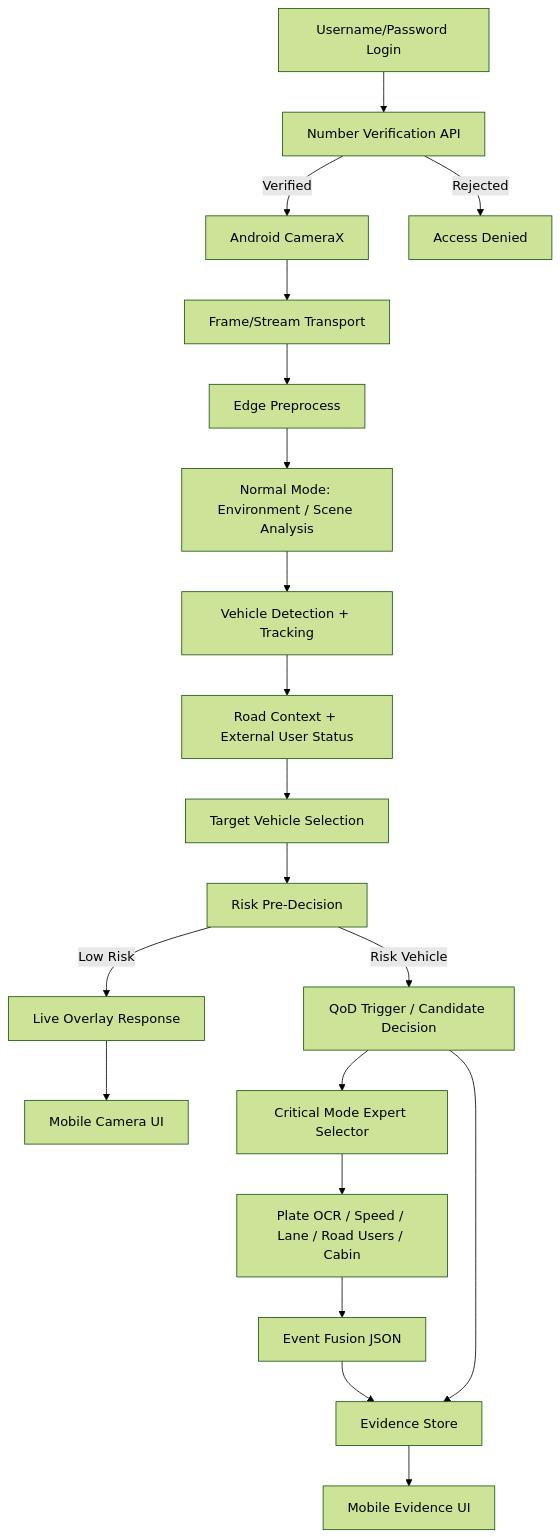
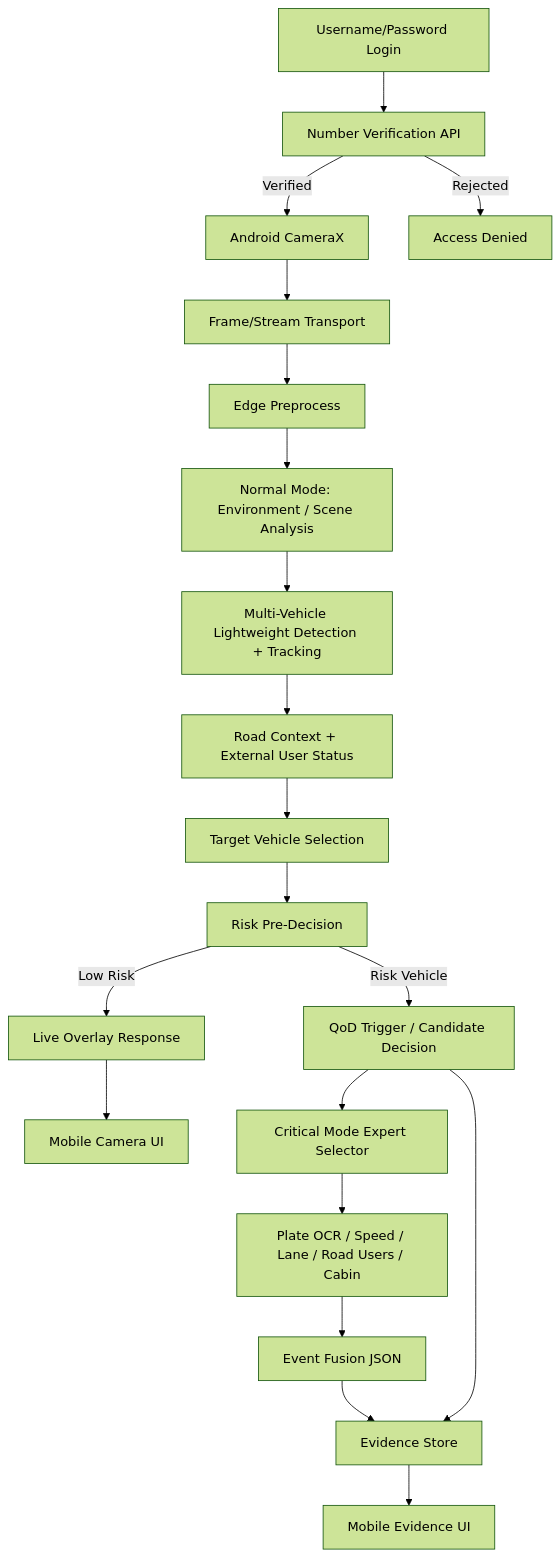
One commit to akyilidizbaran/anomali-road-safety-ai changed the diagram in docs/03_sistem_mimarisi/01_uctan_uca_mimari.md. Above: the diagram before and after it, drawn with Mermaid (forest theme). The commit also changed other lines of this file and 13 other files, not shown here.

````diff
--- a/docs/03_sistem_mimarisi/01_uctan_uca_mimari.md
+++ b/docs/03_sistem_mimarisi/01_uctan_uca_mimari.md
@@ -18,22 +18,22 @@
 ```mermaid
 flowchart TD
   Z["Username/Password Login"] --> Y["Number Verification API"]
   Y -->|Verified| A["Android CameraX"]
   Y -->|Rejected| X["Access Denied"]
   A --> B["Frame/Stream Transport"]
   B --> C["Edge Preprocess"]
   C --> D0["Normal Mode: Environment / Scene Analysis"]
-  D0 --> D["Vehicle Detection + Tracking"]
+  D0 --> D["Multi-Vehicle Lightweight Detection + Tracking"]
   D --> R["Road Context + External User Status"]
   R --> E["Target Vehicle Selection"]
   E --> F["Risk Pre-Decision"]
   F -->|Low Risk| G["Live Overlay Response"]
   F -->|Risk Vehicle| K["QoD Trigger / Candidate Decision"]
   K --> H["Critical Mode Expert Selector"]
   H --> I["Plate OCR / Speed / Lane / Road Users / Cabin"]
   I --> J["Event Fusion JSON"]
   J --> L["Evidence Store"]
   K --> L
   L --> M["Mobile Evidence UI"]
   G --> N["Mobile Camera UI"]
 ```
````
